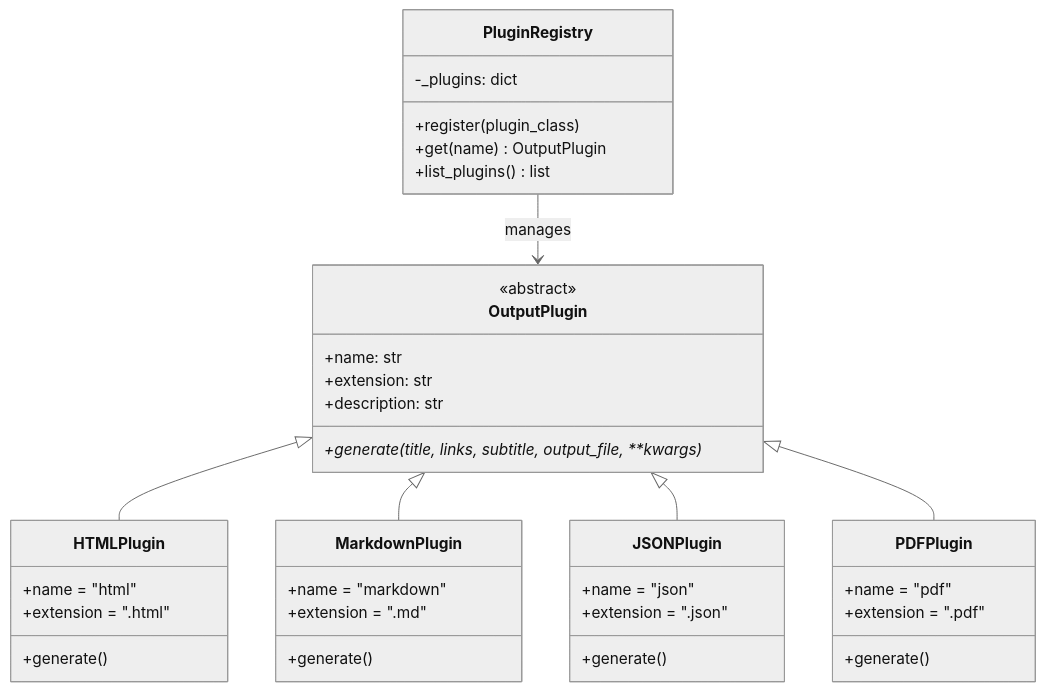
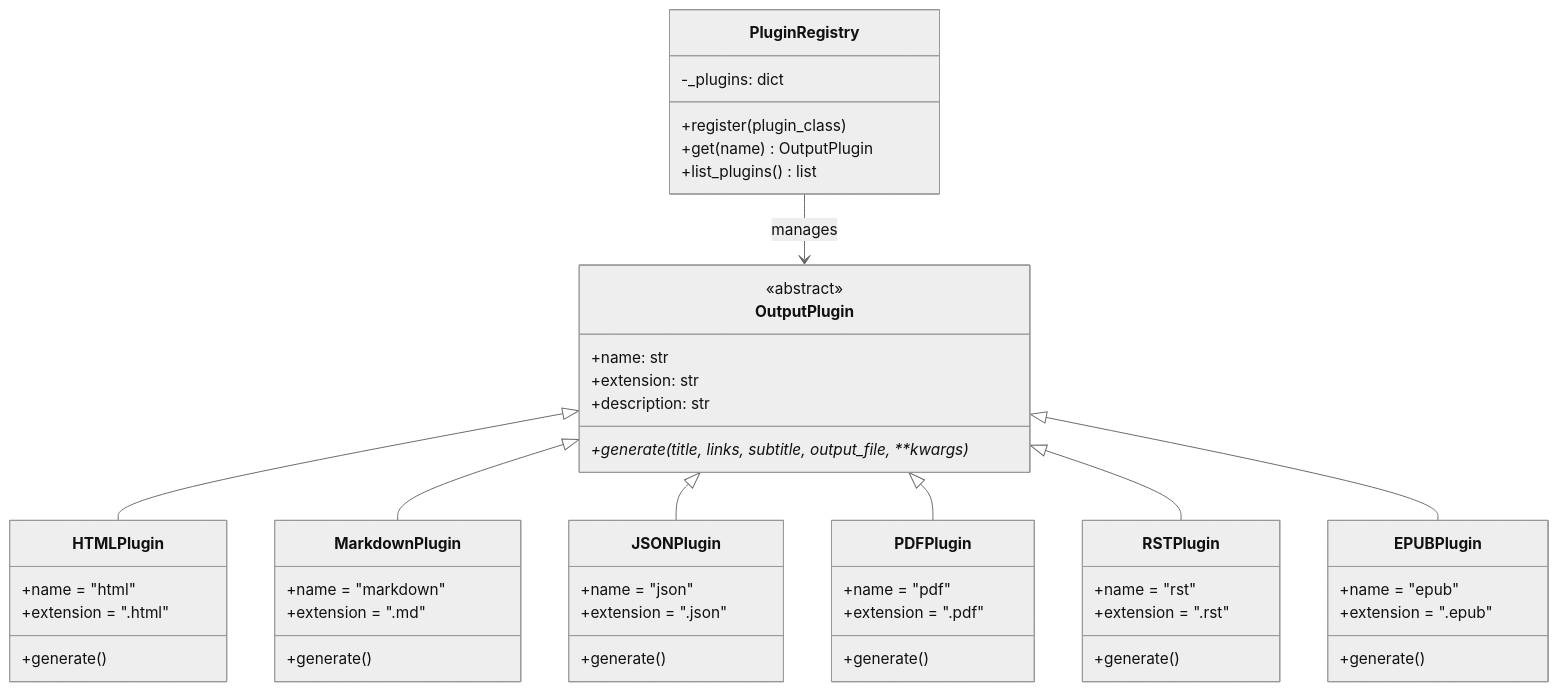
The fifth of 5 diagrams in .claude/analysis.md (tschm/minibook), drawn with Mermaid (neutral theme) before and after one commit. The commit also changed other lines of this file and 6 other files, not shown here.

First line of the commit message:
Add RST and EPUB output plugins, make watch target (#190)

````diff
--- a/.claude/analysis.md
+++ b/.claude/analysis.md
@@ -501,47 +501,61 @@
 ```mermaid
 classDiagram
     class OutputPlugin {
         <<abstract>>
         +name: str
         +extension: str
         +description: str
         +generate(title, links, subtitle, output_file, **kwargs)*
     }
 
     class HTMLPlugin {
         +name = "html"
         +extension = ".html"
         +generate()
     }
 
     class MarkdownPlugin {
         +name = "markdown"
         +extension = ".md"
         +generate()
     }
 
     class JSONPlugin {
         +name = "json"
         +extension = ".json"
         +generate()
     }
 
     class PDFPlugin {
         +name = "pdf"
         +extension = ".pdf"
         +generate()
     }
 
+    class RSTPlugin {
+        +name = "rst"
+        +extension = ".rst"
+        +generate()
+    }
+
+    class EPUBPlugin {
+        +name = "epub"
+        +extension = ".epub"
+        +generate()
+    }
+
     class PluginRegistry {
         -_plugins: dict
         +register(plugin_class)
         +get(name) OutputPlugin
         +list_plugins() list
     }
 
     OutputPlugin <|-- HTMLPlugin
     OutputPlugin <|-- MarkdownPlugin
     OutputPlugin <|-- JSONPlugin
     OutputPlugin <|-- PDFPlugin
+    OutputPlugin <|-- RSTPlugin
+    OutputPlugin <|-- EPUBPlugin
     PluginRegistry --> OutputPlugin : manages
 ```
````
